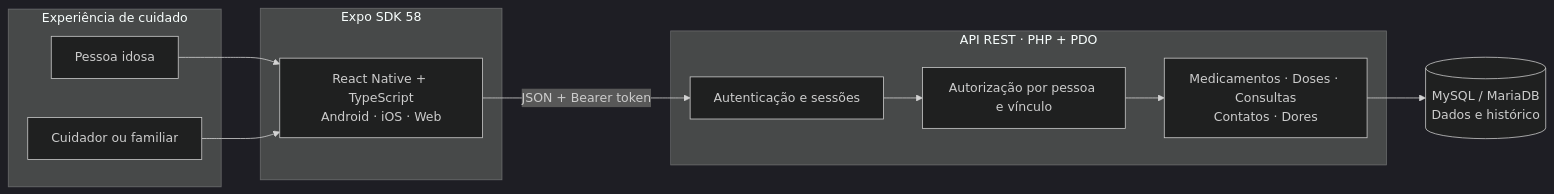
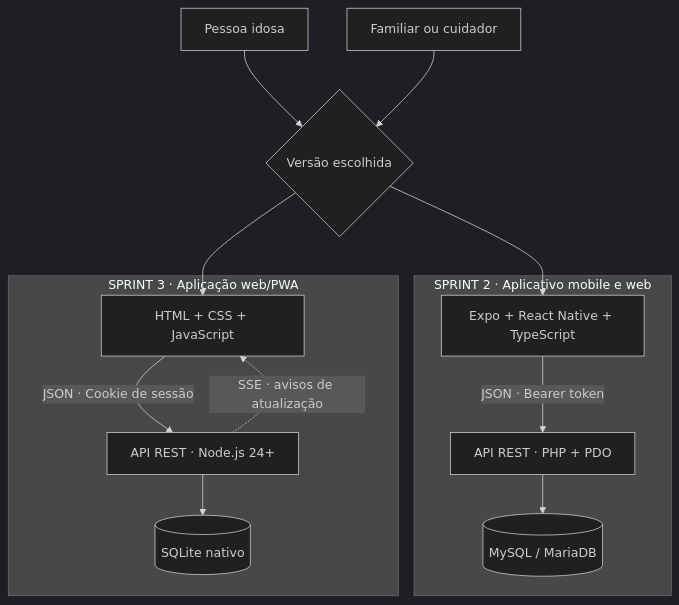
One commit to Pedrooliveira1310/Cuidalli changed the diagram in README.md. Above: the diagram before and after it, drawn with Mermaid (dark theme). The commit also changed other lines of this file and 1 other file, not shown here.

````diff
--- a/README.md
+++ b/README.md
@@ -54,22 +72,25 @@
 ```mermaid
-flowchart LR
-    subgraph Clientes["Experiência de cuidado"]
-        I["Pessoa idosa"]
-        C["Cuidador ou familiar"]
+flowchart TB
+    I["Pessoa idosa"] --> V{"Versão escolhida"}
+    C["Familiar ou cuidador"] --> V
+
+    subgraph S2["SPRINT 2 · Aplicativo mobile e web"]
+        EX["Expo + React Native + TypeScript"]
+        PHP["API REST · PHP + PDO"]
+        MYSQL[("MySQL / MariaDB")]
+        EX -->|"JSON · Bearer token"| PHP
+        PHP --> MYSQL
     end
-    subgraph App["Expo SDK 58"]
-        UI["React Native + TypeScript<br/>Android · iOS · Web"]
+
+    subgraph S3["SPRINT 3 · Aplicação web/PWA"]
+        WEB["HTML + CSS + JavaScript"]
+        NODE["API REST · Node.js 24+"]
+        SQL[("SQLite nativo")]
+        WEB -->|"JSON · Cookie de sessão"| NODE
+        NODE --> SQL
+        NODE -.->|"SSE · avisos de atualização"| WEB
     end
-    subgraph Servidor["API REST · PHP + PDO"]
-        A["Autenticação e sessões"]
-        P["Autorização por pessoa e vínculo"]
-        R["Medicamentos · Doses · Consultas<br/>Contatos · Dores"]
-    end
-    DB[("MySQL / MariaDB<br/>Dados e histórico")]
-    I --> UI
-    C --> UI
-    UI -->|"JSON + Bearer token"| A
-    A --> P
-    P --> R
-    R --> DB
+
+    V --> EX
+    V --> WEB
 ```
````
